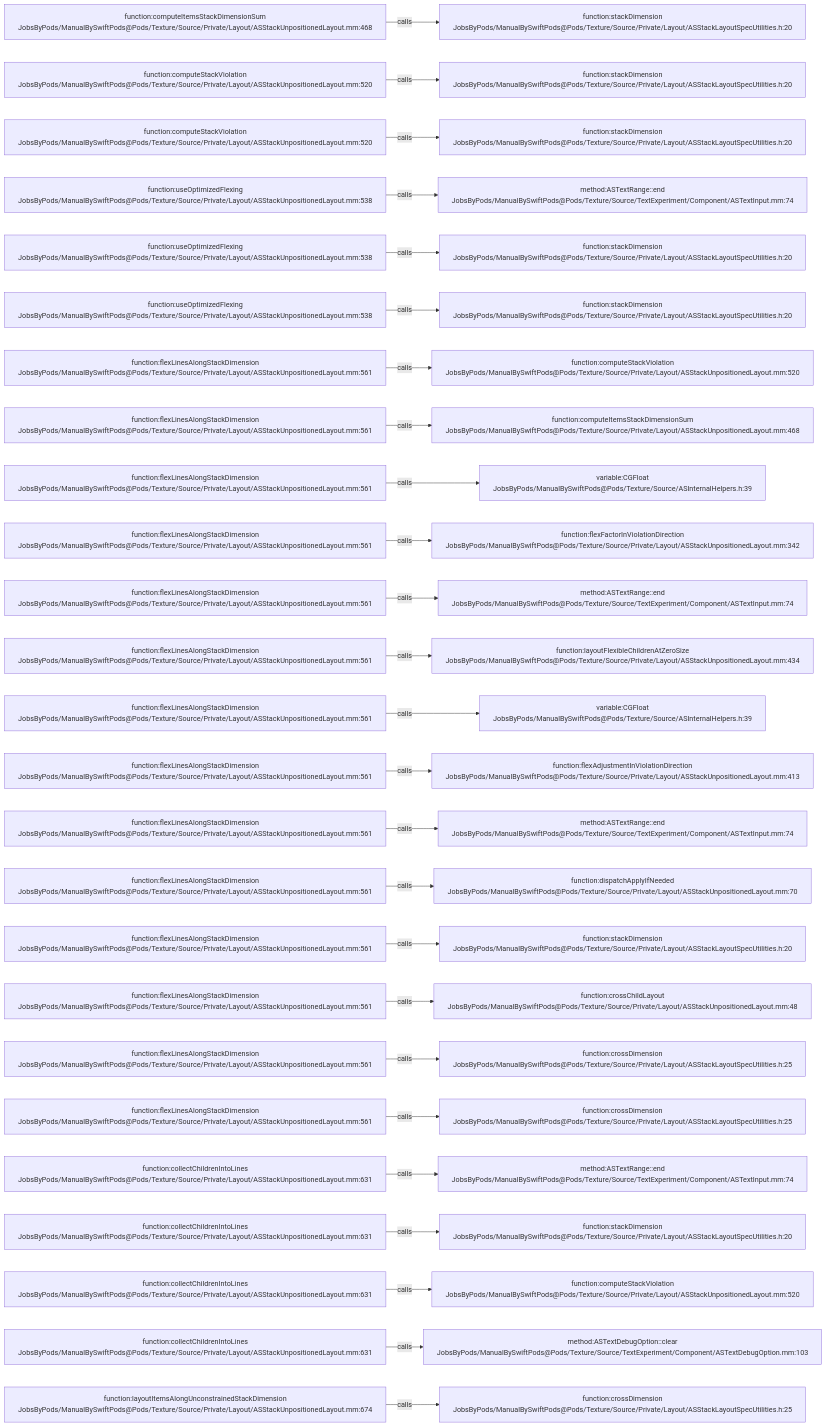
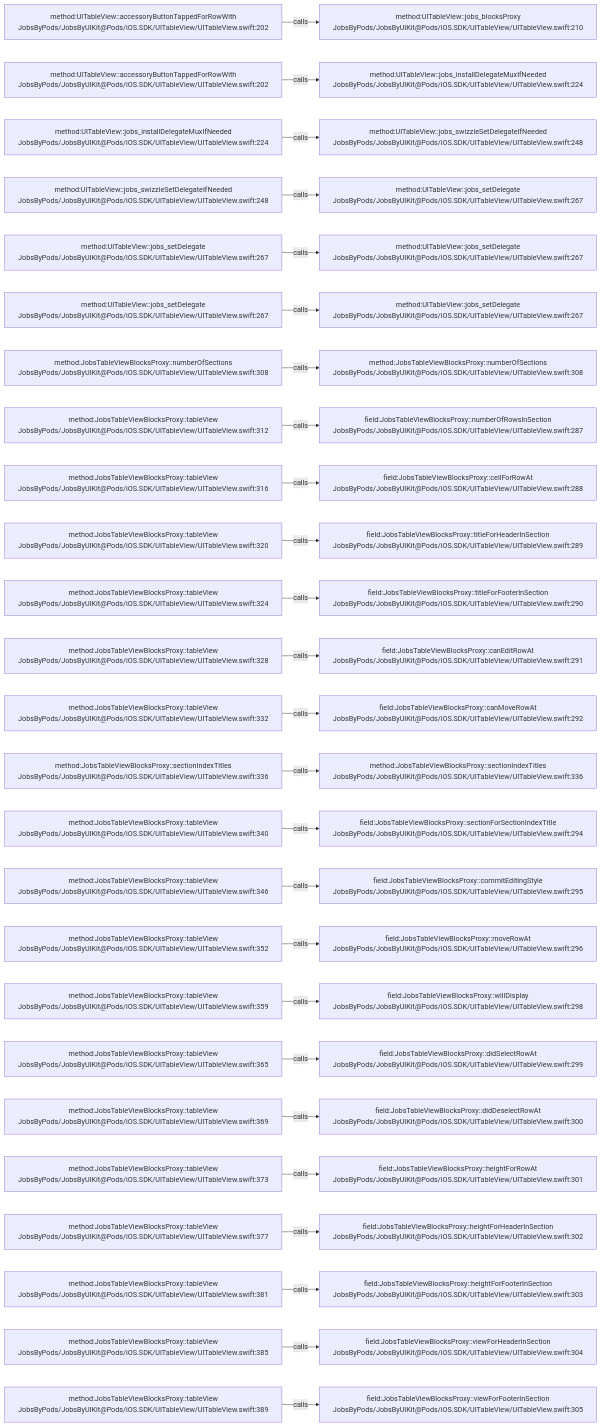
One commit to JobsKits/JobsSwiftBaseConfigDemo changed the diagram in .codegraph/codegraph.md/graphs/calls-126.md. Above: the diagram before and after it, drawn with Mermaid. The commit also changed 224 other files, not shown here.

````diff
--- a/.codegraph/codegraph.md/graphs/calls-126.md
+++ b/.codegraph/codegraph.md/graphs/calls-126.md
@@ -13,78 +13,78 @@
 ```mermaid
 flowchart LR
-  S1["function:computeItemsStackDimensionSum<br/>JobsByPods/ManualBySwiftPods@Pods/Texture/Source/Private/Layout/ASStackUnpositionedLayout.mm:468"]
-  T1["function:stackDimension<br/>JobsByPods/ManualBySwiftPods@Pods/Texture/Source/Private/Layout/ASStackLayoutSpecUtilities.h:20"]
+  S1["method:UITableView::accessoryButtonTappedForRowWith<br/>JobsByPods/JobsByUIKit@Pods/iOS.SDK/UITableView/UITableView.swift:202"]
+  T1["method:UITableView::jobs_blocksProxy<br/>JobsByPods/JobsByUIKit@Pods/iOS.SDK/UITableView/UITableView.swift:210"]
   S1 -->|calls| T1
-  S2["function:computeStackViolation<br/>JobsByPods/ManualBySwiftPods@Pods/Texture/Source/Private/Layout/ASStackUnpositionedLayout.mm:520"]
-  T2["function:stackDimension<br/>JobsByPods/ManualBySwiftPods@Pods/Texture/Source/Private/Layout/ASStackLayoutSpecUtilities.h:20"]
+  S2["method:UITableView::accessoryButtonTappedForRowWith<br/>JobsByPods/JobsByUIKit@Pods/iOS.SDK/UITableView/UITableView.swift:202"]
+  T2["method:UITableView::jobs_installDelegateMuxIfNeeded<br/>JobsByPods/JobsByUIKit@Pods/iOS.SDK/UITableView/UITableView.swift:224"]
   S2 -->|calls| T2
-  S3["function:computeStackViolation<br/>JobsByPods/ManualBySwiftPods@Pods/Texture/Source/Private/Layout/ASStackUnpositionedLayout.mm:520"]
-  T3["function:stackDimension<br/>JobsByPods/ManualBySwiftPods@Pods/Texture/Source/Private/Layout/ASStackLayoutSpecUtilities.h:20"]
+  S3["method:UITableView::jobs_installDelegateMuxIfNeeded<br/>JobsByPods/JobsByUIKit@Pods/iOS.SDK/UITableView/UITableView.swift:224"]
+  T3["method:UITableView::jobs_swizzleSetDelegateIfNeeded<br/>JobsByPods/JobsByUIKit@Pods/iOS.SDK/UITableView/UITableView.swift:248"]
   S3 -->|calls| T3
-  S4["function:useOptimizedFlexing<br/>JobsByPods/ManualBySwiftPods@Pods/Texture/Source/Private/Layout/ASStackUnpositionedLayout.mm:538"]
-  T4["method:ASTextRange::end<br/>JobsByPods/ManualBySwiftPods@Pods/Texture/Source/TextExperiment/Component/ASTextInput.mm:74"]
+  S4["method:UITableView::jobs_swizzleSetDelegateIfNeeded<br/>JobsByPods/JobsByUIKit@Pods/iOS.SDK/UITableView/UITableView.swift:248"]
+  T4["method:UITableView::jobs_setDelegate<br/>JobsByPods/JobsByUIKit@Pods/iOS.SDK/UITableView/UITableView.swift:267"]
   S4 -->|calls| T4
-  S5["function:useOptimizedFlexing<br/>JobsByPods/ManualBySwiftPods@Pods/Texture/Source/Private/Layout/ASStackUnpositionedLayout.mm:538"]
-  T5["function:stackDimension<br/>JobsByPods/ManualBySwiftPods@Pods/Texture/Source/Private/Layout/ASStackLayoutSpecUtilities.h:20"]
+  S5["method:UITableView::jobs_setDelegate<br/>JobsByPods/JobsByUIKit@Pods/iOS.SDK/UITableView/UITableView.swift:267"]
+  T5["method:UITableView::jobs_setDelegate<br/>JobsByPods/JobsByUIKit@Pods/iOS.SDK/UITableView/UITableView.swift:267"]
   S5 -->|calls| T5
-  S6["function:useOptimizedFlexing<br/>JobsByPods/ManualBySwiftPods@Pods/Texture/Source/Private/Layout/ASStackUnpositionedLayout.mm:538"]
-  T6["function:stackDimension<br/>JobsByPods/ManualBySwiftPods@Pods/Texture/Source/Private/Layout/ASStackLayoutSpecUtilities.h:20"]
+  S6["method:UITableView::jobs_setDelegate<br/>JobsByPods/JobsByUIKit@Pods/iOS.SDK/UITableView/UITableView.swift:267"]
+  T6["method:UITableView::jobs_setDelegate<br/>JobsByPods/JobsByUIKit@Pods/iOS.SDK/UITableView/UITableView.swift:267"]
   S6 -->|calls| T6
-  S7["function:flexLinesAlongStackDimension<br/>JobsByPods/ManualBySwiftPods@Pods/Texture/Source/Private/Layout/ASStackUnpositionedLayout.mm:561"]
-  T7["function:computeStackViolation<br/>JobsByPods/ManualBySwiftPods@Pods/Texture/Source/Private/Layout/ASStackUnpositionedLayout.mm:520"]
+  S7["method:JobsTableViewBlocksProxy::numberOfSections<br/>JobsByPods/JobsByUIKit@Pods/iOS.SDK/UITableView/UITableView.swift:308"]
+  T7["method:JobsTableViewBlocksProxy::numberOfSections<br/>JobsByPods/JobsByUIKit@Pods/iOS.SDK/UITableView/UITableView.swift:308"]
   S7 -->|calls| T7
-  S8["function:flexLinesAlongStackDimension<br/>JobsByPods/ManualBySwiftPods@Pods/Texture/Source/Private/Layout/ASStackUnpositionedLayout.mm:561"]
-  T8["function:computeItemsStackDimensionSum<br/>JobsByPods/ManualBySwiftPods@Pods/Texture/Source/Private/Layout/ASStackUnpositionedLayout.mm:468"]
+  S8["method:JobsTableViewBlocksProxy::tableView<br/>JobsByPods/JobsByUIKit@Pods/iOS.SDK/UITableView/UITableView.swift:312"]
+  T8["field:JobsTableViewBlocksProxy::numberOfRowsInSection<br/>JobsByPods/JobsByUIKit@Pods/iOS.SDK/UITableView/UITableView.swift:287"]
   S8 -->|calls| T8
-  S9["function:flexLinesAlongStackDimension<br/>JobsByPods/ManualBySwiftPods@Pods/Texture/Source/Private/Layout/ASStackUnpositionedLayout.mm:561"]
-  T9["variable:CGFloat<br/>JobsByPods/ManualBySwiftPods@Pods/Texture/Source/ASInternalHelpers.h:39"]
+  S9["method:JobsTableViewBlocksProxy::tableView<br/>JobsByPods/JobsByUIKit@Pods/iOS.SDK/UITableView/UITableView.swift:316"]
+  T9["field:JobsTableViewBlocksProxy::cellForRowAt<br/>JobsByPods/JobsByUIKit@Pods/iOS.SDK/UITableView/UITableView.swift:288"]
   S9 -->|calls| T9
-  S10["function:flexLinesAlongStackDimension<br/>JobsByPods/ManualBySwiftPods@Pods/Texture/Source/Private/Layout/ASStackUnpositionedLayout.mm:561"]
-  T10["function:flexFactorInViolationDirection<br/>JobsByPods/ManualBySwiftPods@Pods/Texture/Source/Private/Layout/ASStackUnpositionedLayout.mm:342"]
+  S10["method:JobsTableViewBlocksProxy::tableView<br/>JobsByPods/JobsByUIKit@Pods/iOS.SDK/UITableView/UITableView.swift:320"]
+  T10["field:JobsTableViewBlocksProxy::titleForHeaderInSection<br/>JobsByPods/JobsByUIKit@Pods/iOS.SDK/UITableView/UITableView.swift:289"]
   S10 -->|calls| T10
-  S11["function:flexLinesAlongStackDimension<br/>JobsByPods/ManualBySwiftPods@Pods/Texture/Source/Private/Layout/ASStackUnpositionedLayout.mm:561"]
-  T11["method:ASTextRange::end<br/>JobsByPods/ManualBySwiftPods@Pods/Texture/Source/TextExperiment/Component/ASTextInput.mm:74"]
+  S11["method:JobsTableViewBlocksProxy::tableView<br/>JobsByPods/JobsByUIKit@Pods/iOS.SDK/UITableView/UITableView.swift:324"]
+  T11["field:JobsTableViewBlocksProxy::titleForFooterInSection<br/>JobsByPods/JobsByUIKit@Pods/iOS.SDK/UITableView/UITableView.swift:290"]
   S11 -->|calls| T11
-  S12["function:flexLinesAlongStackDimension<br/>JobsByPods/ManualBySwiftPods@Pods/Texture/Source/Private/Layout/ASStackUnpositionedLayout.mm:561"]
-  T12["function:layoutFlexibleChildrenAtZeroSize<br/>JobsByPods/ManualBySwiftPods@Pods/Texture/Source/Private/Layout/ASStackUnpositionedLayout.mm:434"]
+  S12["method:JobsTableViewBlocksProxy::tableView<br/>JobsByPods/JobsByUIKit@Pods/iOS.SDK/UITableView/UITableView.swift:328"]
+  T12["field:JobsTableViewBlocksProxy::canEditRowAt<br/>JobsByPods/JobsByUIKit@Pods/iOS.SDK/UITableView/UITableView.swift:291"]
   S12 -->|calls| T12
-  S13["function:flexLinesAlongStackDimension<br/>JobsByPods/ManualBySwiftPods@Pods/Texture/Source/Private/Layout/ASStackUnpositionedLayout.mm:561"]
-  T13["variable:CGFloat<br/>JobsByPods/ManualBySwiftPods@Pods/Texture/Source/ASInternalHelpers.h:39"]
+  S13["method:JobsTableViewBlocksProxy::tableView<br/>JobsByPods/JobsByUIKit@Pods/iOS.SDK/UITableView/UITableView.swift:332"]
+  T13["field:JobsTableViewBlocksProxy::canMoveRowAt<br/>JobsByPods/JobsByUIKit@Pods/iOS.SDK/UITableView/UITableView.swift:292"]
   S13 -->|calls| T13
-  S14["function:flexLinesAlongStackDimension<br/>JobsByPods/ManualBySwiftPods@Pods/Texture/Source/Private/Layout/ASStackUnpositionedLayout.mm:561"]
-  T14["function:flexAdjustmentInViolationDirection<br/>JobsByPods/ManualBySwiftPods@Pods/Texture/Source/Private/Layout/ASStackUnpositionedLayout.mm:413"]
+  S14["method:JobsTableViewBlocksProxy::sectionIndexTitles<br/>JobsByPods/JobsByUIKit@Pods/iOS.SDK/UITableView/UITableView.swift:336"]
+  T14["method:JobsTableViewBlocksProxy::sectionIndexTitles<br/>JobsByPods/JobsByUIKit@Pods/iOS.SDK/UITableView/UITableView.swift:336"]
   S14 -->|calls| T14
-  S15["function:flexLinesAlongStackDimension<br/>JobsByPods/ManualBySwiftPods@Pods/Texture/Source/Private/Layout/ASStackUnpositionedLayout.mm:561"]
-  T15["method:ASTextRange::end<br/>JobsByPods/ManualBySwiftPods@Pods/Texture/Source/TextExperiment/Component/ASTextInput.mm:74"]
+  S15["method:JobsTableViewBlocksProxy::tableView<br/>JobsByPods/JobsByUIKit@Pods/iOS.SDK/UITableView/UITableView.swift:340"]
+  T15["field:JobsTableViewBlocksProxy::sectionForSectionIndexTitle<br/>JobsByPods/JobsByUIKit@Pods/iOS.SDK/UITableView/UITableView.swift:294"]
   S15 -->|calls| T15
-  S16["function:flexLinesAlongStackDimension<br/>JobsByPods/ManualBySwiftPods@Pods/Texture/Source/Private/Layout/ASStackUnpositionedLayout.mm:561"]
-  T16["function:dispatchApplyIfNeeded<br/>JobsByPods/ManualBySwiftPods@Pods/Texture/Source/Private/Layout/ASStackUnpositionedLayout.mm:70"]
+  S16["method:JobsTableViewBlocksProxy::tableView<br/>JobsByPods/JobsByUIKit@Pods/iOS.SDK/UITableView/UITableView.swift:346"]
+  T16["field:JobsTableViewBlocksProxy::commitEditingStyle<br/>JobsByPods/JobsByUIKit@Pods/iOS.SDK/UITableView/UITableView.swift:295"]
   S16 -->|calls| T16
-  S17["function:flexLinesAlongStackDimension<br/>JobsByPods/ManualBySwiftPods@Pods/Texture/Source/Private/Layout/ASStackUnpositionedLayout.mm:561"]
-  T17["function:stackDimension<br/>JobsByPods/ManualBySwiftPods@Pods/Texture/Source/Private/Layout/ASStackLayoutSpecUtilities.h:20"]
+  S17["method:JobsTableViewBlocksProxy::tableView<br/>JobsByPods/JobsByUIKit@Pods/iOS.SDK/UITableView/UITableView.swift:352"]
+  T17["field:JobsTableViewBlocksProxy::moveRowAt<br/>JobsByPods/JobsByUIKit@Pods/iOS.SDK/UITableView/UITableView.swift:296"]
   S17 -->|calls| T17
-  S18["function:flexLinesAlongStackDimension<br/>JobsByPods/ManualBySwiftPods@Pods/Texture/Source/Private/Layout/ASStackUnpositionedLayout.mm:561"]
-  T18["function:crossChildLayout<br/>JobsByPods/ManualBySwiftPods@Pods/Texture/Source/Private/Layout/ASStackUnpositionedLayout.mm:48"]
+  S18["method:JobsTableViewBlocksProxy::tableView<br/>JobsByPods/JobsByUIKit@Pods/iOS.SDK/UITableView/UITableView.swift:359"]
+  T18["field:JobsTableViewBlocksProxy::willDisplay<br/>JobsByPods/JobsByUIKit@Pods/iOS.SDK/UITableView/UITableView.swift:298"]
   S18 -->|calls| T18
-  S19["function:flexLinesAlongStackDimension<br/>JobsByPods/ManualBySwiftPods@Pods/Texture/Source/Private/Layout/ASStackUnpositionedLayout.mm:561"]
-  T19["function:crossDimension<br/>JobsByPods/ManualBySwiftPods@Pods/Texture/Source/Private/Layout/ASStackLayoutSpecUtilities.h:25"]
+  S19["method:JobsTableViewBlocksProxy::tableView<br/>JobsByPods/JobsByUIKit@Pods/iOS.SDK/UITableView/UITableView.swift:365"]
+  T19["field:JobsTableViewBlocksProxy::didSelectRowAt<br/>JobsByPods/JobsByUIKit@Pods/iOS.SDK/UITableView/UITableView.swift:299"]
   S19 -->|calls| T19
-  S20["function:flexLinesAlongStackDimension<br/>JobsByPods/ManualBySwiftPods@Pods/Texture/Source/Private/Layout/ASStackUnpositionedLayout.mm:561"]
-  T20["function:crossDimension<br/>JobsByPods/ManualBySwiftPods@Pods/Texture/Source/Private/Layout/ASStackLayoutSpecUtilities.h:25"]
+  S20["method:JobsTableViewBlocksProxy::tableView<br/>JobsByPods/JobsByUIKit@Pods/iOS.SDK/UITableView/UITableView.swift:369"]
+  T20["field:JobsTableViewBlocksProxy::didDeselectRowAt<br/>JobsByPods/JobsByUIKit@Pods/iOS.SDK/UITableView/UITableView.swift:300"]
   S20 -->|calls| T20
-  S21["function:collectChildrenIntoLines<br/>JobsByPods/ManualBySwiftPods@Pods/Texture/Source/Private/Layout/ASStackUnpositionedLayout.mm:631"]
-  T21["method:ASTextRange::end<br/>JobsByPods/ManualBySwiftPods@Pods/Texture/Source/TextExperiment/Component/ASTextInput.mm:74"]
+  S21["method:JobsTableViewBlocksProxy::tableView<br/>JobsByPods/JobsByUIKit@Pods/iOS.SDK/UITableView/UITableView.swift:373"]
+  T21["field:JobsTableViewBlocksProxy::heightForRowAt<br/>JobsByPods/JobsByUIKit@Pods/iOS.SDK/UITableView/UITableView.swift:301"]
   S21 -->|calls| T21
-  S22["function:collectChildrenIntoLines<br/>JobsByPods/ManualBySwiftPods@Pods/Texture/Source/Private/Layout/ASStackUnpositionedLayout.mm:631"]
-  T22["function:stackDimension<br/>JobsByPods/ManualBySwiftPods@Pods/Texture/Source/Private/Layout/ASStackLayoutSpecUtilities.h:20"]
+  S22["method:JobsTableViewBlocksProxy::tableView<br/>JobsByPods/JobsByUIKit@Pods/iOS.SDK/UITableView/UITableView.swift:377"]
+  T22["field:JobsTableViewBlocksProxy::heightForHeaderInSection<br/>JobsByPods/JobsByUIKit@Pods/iOS.SDK/UITableView/UITableView.swift:302"]
   S22 -->|calls| T22
-  S23["function:collectChildrenIntoLines<br/>JobsByPods/ManualBySwiftPods@Pods/Texture/Source/Private/Layout/ASStackUnpositionedLayout.mm:631"]
-  T23["function:computeStackViolation<br/>JobsByPods/ManualBySwiftPods@Pods/Texture/Source/Private/Layout/ASStackUnpositionedLayout.mm:520"]
+  S23["method:JobsTableViewBlocksProxy::tableView<br/>JobsByPods/JobsByUIKit@Pods/iOS.SDK/UITableView/UITableView.swift:381"]
+  T23["field:JobsTableViewBlocksProxy::heightForFooterInSection<br/>JobsByPods/JobsByUIKit@Pods/iOS.SDK/UITableView/UITableView.swift:303"]
   S23 -->|calls| T23
-  S24["function:collectChildrenIntoLines<br/>JobsByPods/ManualBySwiftPods@Pods/Texture/Source/Private/Layout/ASStackUnpositionedLayout.mm:631"]
-  T24["method:ASTextDebugOption::clear<br/>JobsByPods/ManualBySwiftPods@Pods/Texture/Source/TextExperiment/Component/ASTextDebugOption.mm:103"]
+  S24["method:JobsTableViewBlocksProxy::tableView<br/>JobsByPods/JobsByUIKit@Pods/iOS.SDK/UITableView/UITableView.swift:385"]
+  T24["field:JobsTableViewBlocksProxy::viewForHeaderInSection<br/>JobsByPods/JobsByUIKit@Pods/iOS.SDK/UITableView/UITableView.swift:304"]
   S24 -->|calls| T24
-  S25["function:layoutItemsAlongUnconstrainedStackDimension<br/>JobsByPods/ManualBySwiftPods@Pods/Texture/Source/Private/Layout/ASStackUnpositionedLayout.mm:674"]
-  T25["function:crossDimension<br/>JobsByPods/ManualBySwiftPods@Pods/Texture/Source/Private/Layout/ASStackLayoutSpecUtilities.h:25"]
+  S25["method:JobsTableViewBlocksProxy::tableView<br/>JobsByPods/JobsByUIKit@Pods/iOS.SDK/UITableView/UITableView.swift:389"]
+  T25["field:JobsTableViewBlocksProxy::viewForFooterInSection<br/>JobsByPods/JobsByUIKit@Pods/iOS.SDK/UITableView/UITableView.swift:305"]
   S25 -->|calls| T25
 ```
````
